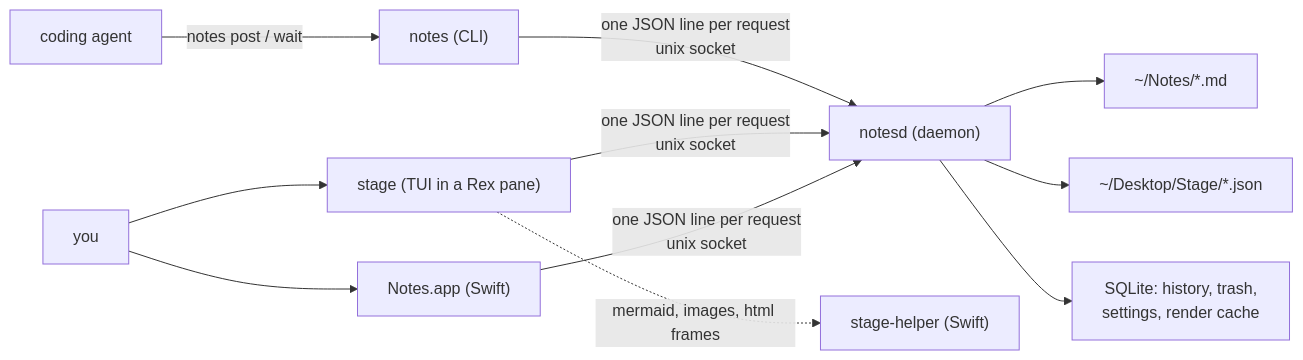
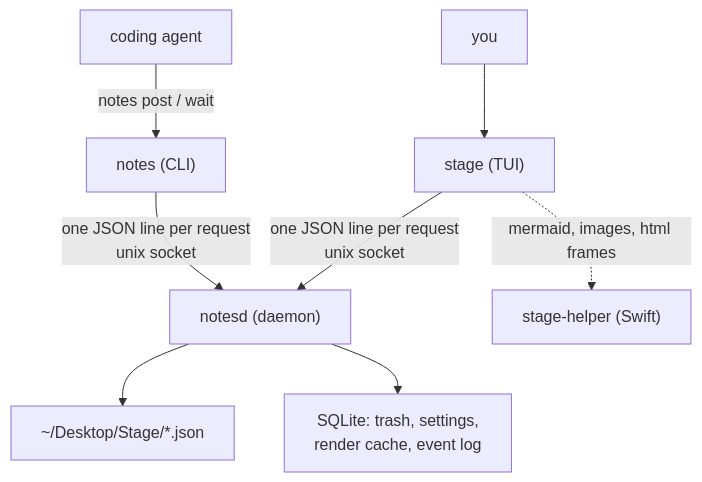
One commit to tridha643/notes changed the diagram in README.md. Above: the diagram before and after it, drawn with Mermaid. The commit also changed other lines of this file and 1 other file, not shown here.

First line of the commit message:
docs: README and AGENTS.md for stage only, with the curl install and release

````diff
--- a/README.md
+++ b/README.md
@@ -11,11 +50,9 @@
 ```mermaid
-flowchart LR
+flowchart TD
   agent["coding agent"] -->|notes post / wait| cli["notes (CLI)"]
-  you["you"] --> stage["stage (TUI in a Rex pane)"]
-  you --> app["Notes.app (Swift)"]
-  cli & stage & app -->|"one JSON line per request<br/>unix socket"| d["notesd (daemon)"]
-  d --> vault["~/Notes/*.md"]
+  you["you"] --> stage["stage (TUI)"]
+  cli & stage -->|"one JSON line per request<br/>unix socket"| d["notesd (daemon)"]
   d --> sessions["~/Desktop/Stage/*.json"]
-  d --> db["SQLite: history, trash,<br/>settings, render cache"]
+  d --> db["SQLite: trash, settings,<br/>render cache, event log"]
   stage -.->|mermaid, images, html frames| helper["stage-helper (Swift)"]
 ```
````
